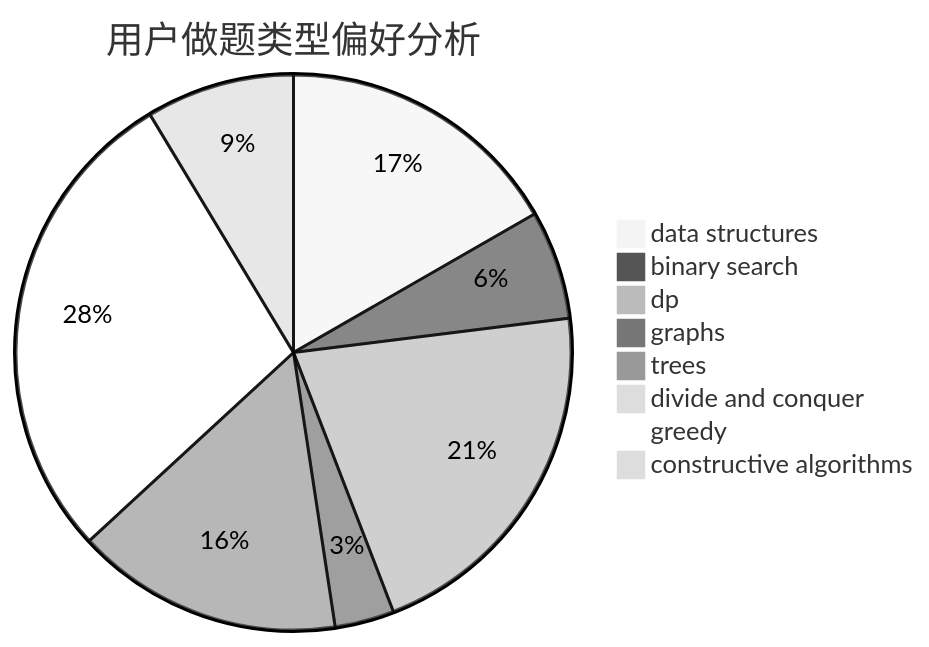
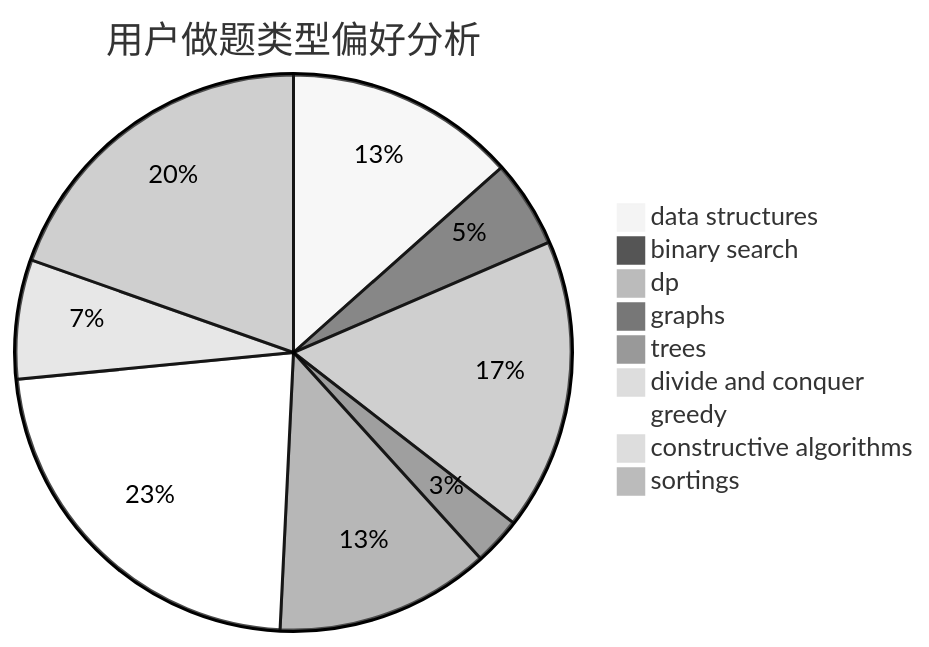
One commit to sherpahu/cfrs.github.io changed the second of 3 diagrams in docs/user/u1903.md. Above: the diagram before and after it, drawn with Mermaid (neutral theme). The commit also changed other lines of this file and 2769 other files, not shown here.

````diff
--- a/docs/user/u1903.md
+++ b/docs/user/u1903.md
@@ -23,11 +18,12 @@
 ```mermaid
 pie title 用户做题类型偏好分析
     "data structures" :  87
     "binary search" :  33
     "dp" :  110
     "graphs" :  18
     "trees" :  81
     "divide and conquer" :  0
     "greedy" :  147
     "constructive algorithms" :  45
+    "sortings" :  127
 ```
````
